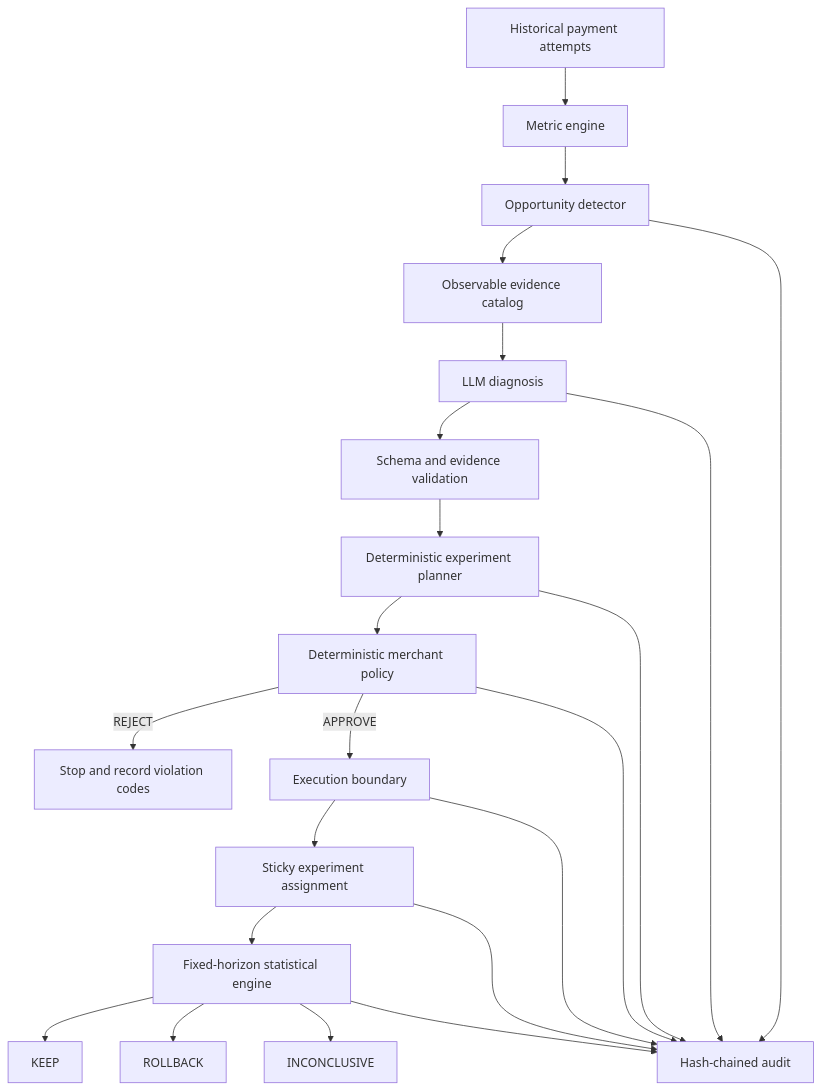
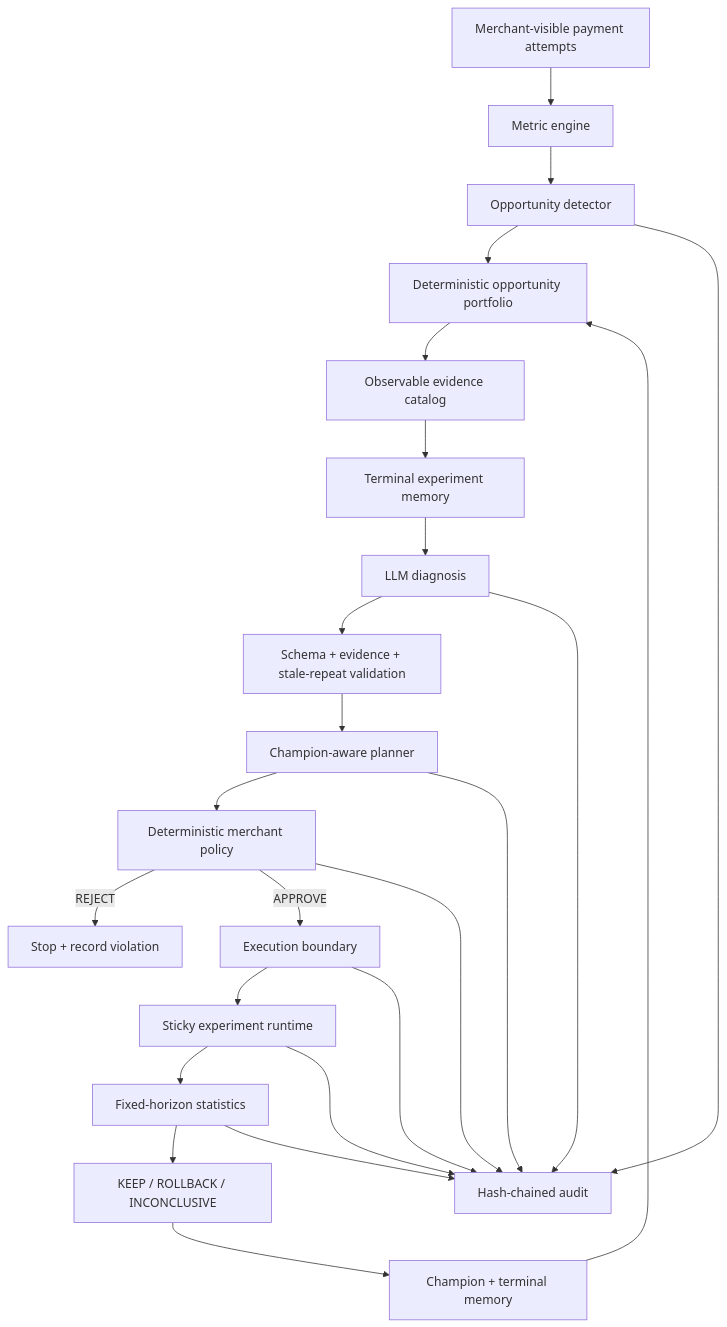
Before and after one commit to harsh2025-sketch/razorpay-merchant-revenue-autopilot: the diagram in docs/ARCHITECTURE.md, drawn with Mermaid. The commit also changed other lines of this file and 5 other files, not shown here.

````diff
--- a/docs/ARCHITECTURE.md
+++ b/docs/ARCHITECTURE.md
@@ -7,25 +7,26 @@
 ```mermaid
 flowchart TD
-    A[Historical payment attempts] --> B[Metric engine]
+    A[Merchant-visible payment attempts] --> B[Metric engine]
     B --> C[Opportunity detector]
-    C --> D[Observable evidence catalog]
-    D --> E[LLM diagnosis]
-    E --> F[Schema and evidence validation]
-    F --> G[Deterministic experiment planner]
-    G --> H[Deterministic merchant policy]
-    H -->|REJECT| I[Stop and record violation codes]
-    H -->|APPROVE| J[Execution boundary]
-    J --> K[Sticky experiment assignment]
-    K --> L[Fixed-horizon statistical engine]
-    L --> M[KEEP]
-    L --> N[ROLLBACK]
-    L --> O[INCONCLUSIVE]
-
-    C --> P[Hash-chained audit]
-    E --> P
-    G --> P
-    H --> P
-    J --> P
-    K --> P
-    L --> P
+    C --> D[Deterministic opportunity portfolio]
+    D --> E[Observable evidence catalog]
+    E --> F[Terminal experiment memory]
+    F --> G[LLM diagnosis]
+    G --> H[Schema + evidence + stale-repeat validation]
+    H --> I[Champion-aware planner]
+    I --> J[Deterministic merchant policy]
+    J -->|REJECT| K[Stop + record violation]
+    J -->|APPROVE| L[Execution boundary]
+    L --> M[Sticky experiment runtime]
+    M --> N[Fixed-horizon statistics]
+    N --> O[KEEP / ROLLBACK / INCONCLUSIVE]
+    O --> P[Champion + terminal memory]
+    P --> D
+    C --> Q[Hash-chained audit]
+    G --> Q
+    I --> Q
+    J --> Q
+    L --> Q
+    M --> Q
+    N --> Q
 ```
````
